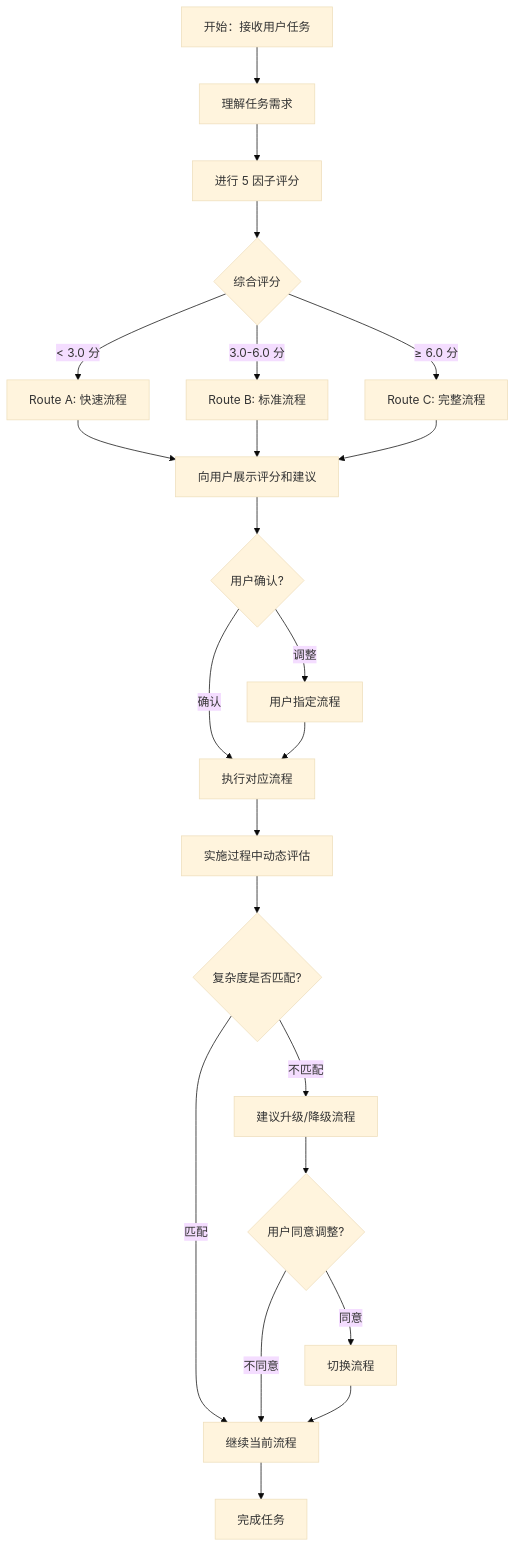
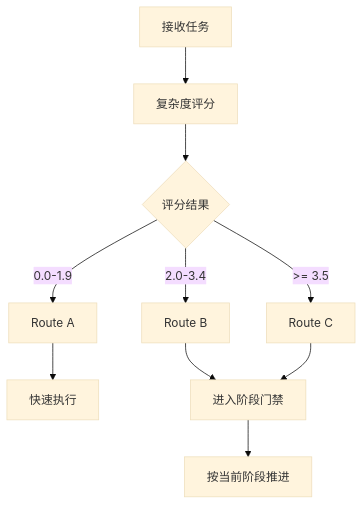
One commit to UNDaniel-ai/undaniel-skills changed the diagram in skills/complex-task-solver/knowledge/2-route-decision.md. Above: the diagram before and after it, drawn with Mermaid (base theme). The commit also changed other lines of this file and 63 other files, not shown here.

````diff
--- a/skills/complex-task-solver/knowledge/2-route-decision.md
+++ b/skills/complex-task-solver/knowledge/2-route-decision.md
@@ -13,29 +20,12 @@
 ```mermaid
 graph TD
-    A[开始：接收用户任务] --> B[理解任务需求]
-    B --> C[进行 5 因子评分]
-    C --> D{综合评分}
-
-    D -->|< 3.0 分| E[Route A: 快速流程]
-    D -->|3.0-6.0 分| F[Route B: 标准流程]
-    D -->|≥ 6.0 分| G[Route C: 完整流程]
-
-    E --> H[向用户展示评分和建议]
+    A[接收任务] --> B[复杂度评分]
+    B --> C{评分结果}
+    C -->|0.0-1.9| D[Route A]
+    C -->|2.0-3.4| E[Route B]
+    C -->|>= 3.5| F[Route C]
+    D --> G[快速执行]
+    E --> H[进入阶段门禁]
     F --> H
-    G --> H
-
-    H --> I{用户确认?}
-    I -->|确认| J[执行对应流程]
-    I -->|调整| K[用户指定流程]
-    K --> J
-
-    J --> L[实施过程中动态评估]
-    L --> M{复杂度是否匹配?}
-    M -->|匹配| N[继续当前流程]
-    M -->|不匹配| O[建议升级/降级流程]
-    O --> P{用户同意调整?}
-    P -->|同意| Q[切换流程]
-    P -->|不同意| N
-    Q --> N
-    N --> R[完成任务]
+    H --> I[按当前阶段推进]
 ```
````
